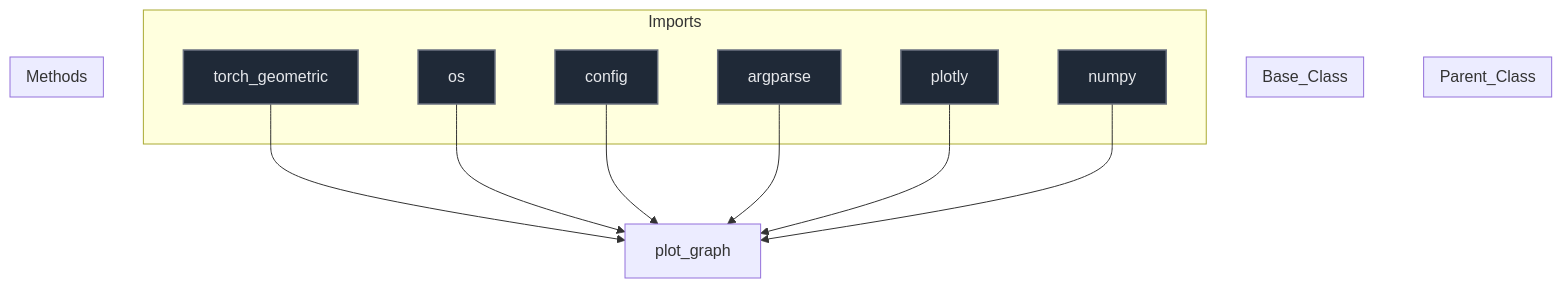
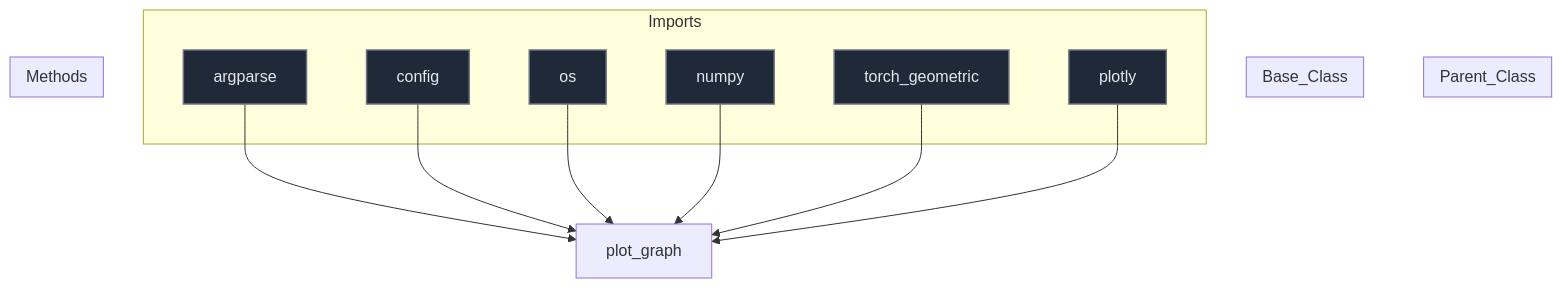
One commit to mllam/neural-lam changed the diagram in docs/diagrams/plot_graph_diagram.md. Above: the diagram before and after it, drawn with Mermaid. The commit also changed 21 other files, not shown here.

Commit message:
Auto-update Mermaid diagrams

````diff
--- a/docs/diagrams/plot_graph_diagram.md
+++ b/docs/diagrams/plot_graph_diagram.md
@@ -1,41 +1,41 @@
 ```mermaid
 %%{init: {'flowchart': {'nodeSpacing': 60, 'rankSpacing': 80}}}%%
 flowchart TD
 
 module["plot_graph"]
 
 subgraph Parent_Class
 end
 
 subgraph Base_Class
 end
 
 
 subgraph Imports
+    argparse["argparse"]
+    config["config"]
+    os["os"]
+    numpy["numpy"]
     torch_geometric["torch_geometric"]
-    os["os"]
-    config["config"]
-    argparse["argparse"]
     plotly["plotly"]
-    numpy["numpy"]
 end
 
+    argparse --> module
+    config --> module
+    os --> module
+    numpy --> module
     torch_geometric --> module
-    os --> module
-    config --> module
-    argparse --> module
     plotly --> module
-    numpy --> module
 
 subgraph Methods
 end
 
 
 classDef parent fill:#0f172a,stroke:#3b82f6,stroke-width:2px,color:#f1f5f9,font-size:16px
 classDef base fill:#78350f,stroke:#f59e0b,stroke-width:1px,color:#fde68a,font-size:16px
 classDef import fill:#1f2937,stroke:#6b7280,stroke-width:1.5px,color:#e5e7eb,font-size:16px
 classDef method fill:#2d043f,stroke:#7c3aed,stroke-width:1.5px,color:#ede9fe,font-size:16px
 classDef callNode fill:#064e3b,stroke:#10b981,stroke-width:1.5px,color:#d1fae5,font-size:16px
-class torch_geometric,os,config,argparse,plotly,numpy import
+class argparse,config,os,numpy,torch_geometric,plotly import
 
 ```
````
